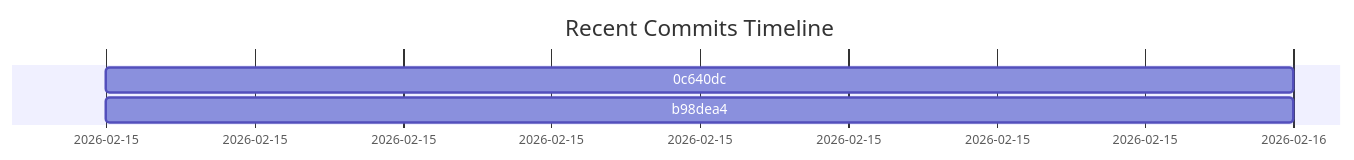
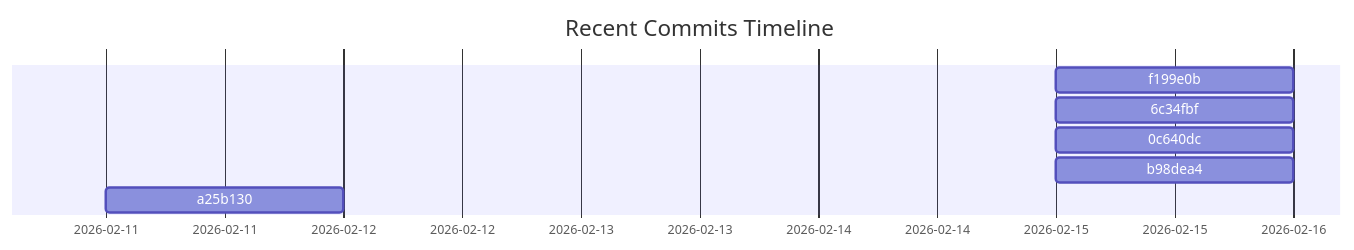
The fifth of 7 diagrams in DocweaveDocs/DIAGRAMS.md (Juls95/DocWeave), drawn with Mermaid before and after one commit. The commit also changed other lines of this file and 4 other files, not shown here.

````diff
--- a/DocweaveDocs/DIAGRAMS.md
+++ b/DocweaveDocs/DIAGRAMS.md
@@ -131,7 +126,10 @@
 ```mermaid
 gantt
     title Recent Commits Timeline
     dateFormat YYYY-MM-DD
+    f199e0b :2026-02-15, 1d
+    6c34fbf :2026-02-15, 1d
     0c640dc :2026-02-15, 1d
     b98dea4 :2026-02-15, 1d
+    a25b130 :2026-02-11, 1d
 ```
````
